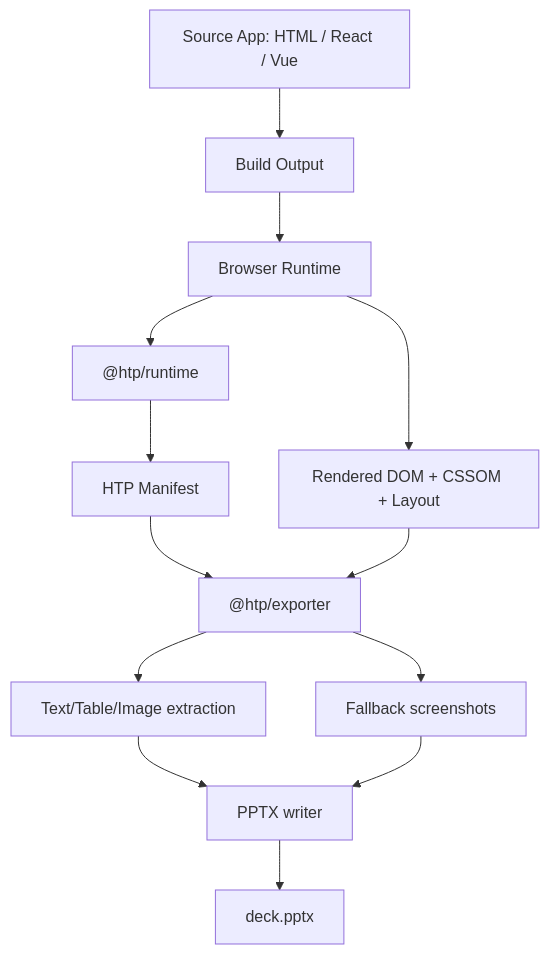
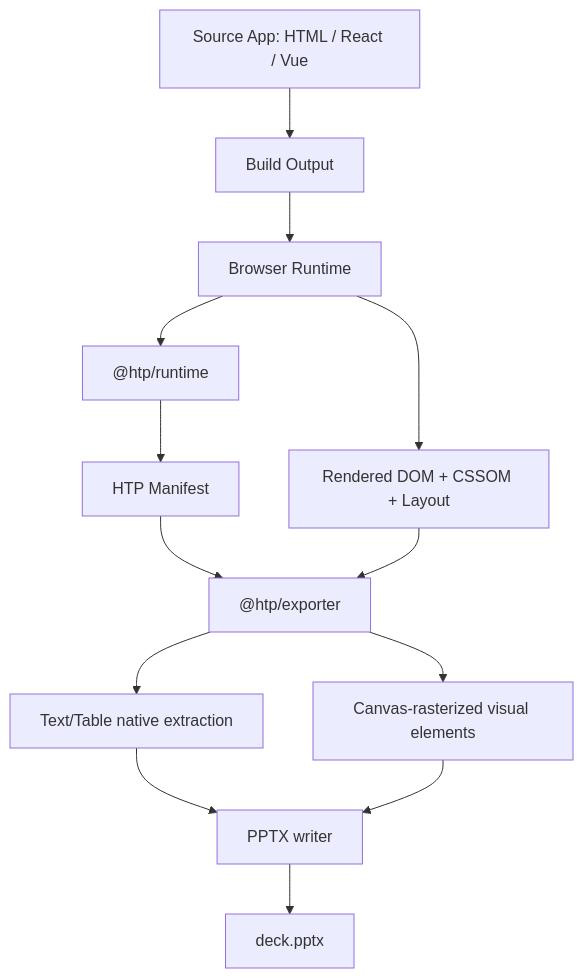
Before and after one commit to zaodonganqi/HTML-to-PPT: the first of 2 diagrams in docs/design-spec.md, drawn with Mermaid. The commit also changed other lines of this file and 30 other files, not shown here.

````diff
--- a/docs/design-spec.md
+++ b/docs/design-spec.md
@@ -202,15 +202,15 @@
 ```mermaid
 flowchart TD
   A["Source App: HTML / React / Vue"] --> B["Build Output"]
   B --> C["Browser Runtime"]
   C --> D["@htp/runtime"]
   D --> E["HTP Manifest"]
   C --> F["Rendered DOM + CSSOM + Layout"]
   E --> G["@htp/exporter"]
   F --> G
-  G --> H["Text/Table/Image extraction"]
-  G --> I["Fallback screenshots"]
+  G --> H["Text/Table native extraction"]
+  G --> I["Canvas-rasterized visual elements"]
   H --> J["PPTX writer"]
   I --> J
   J --> K["deck.pptx"]
 ```
````
